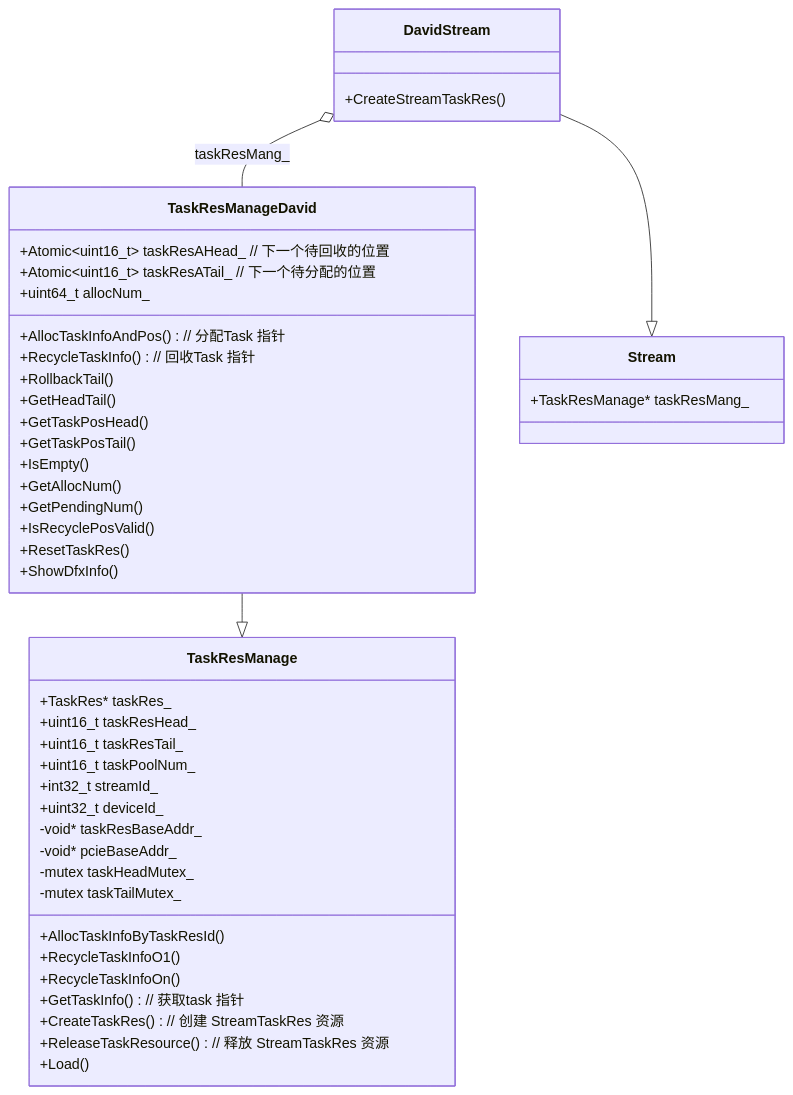
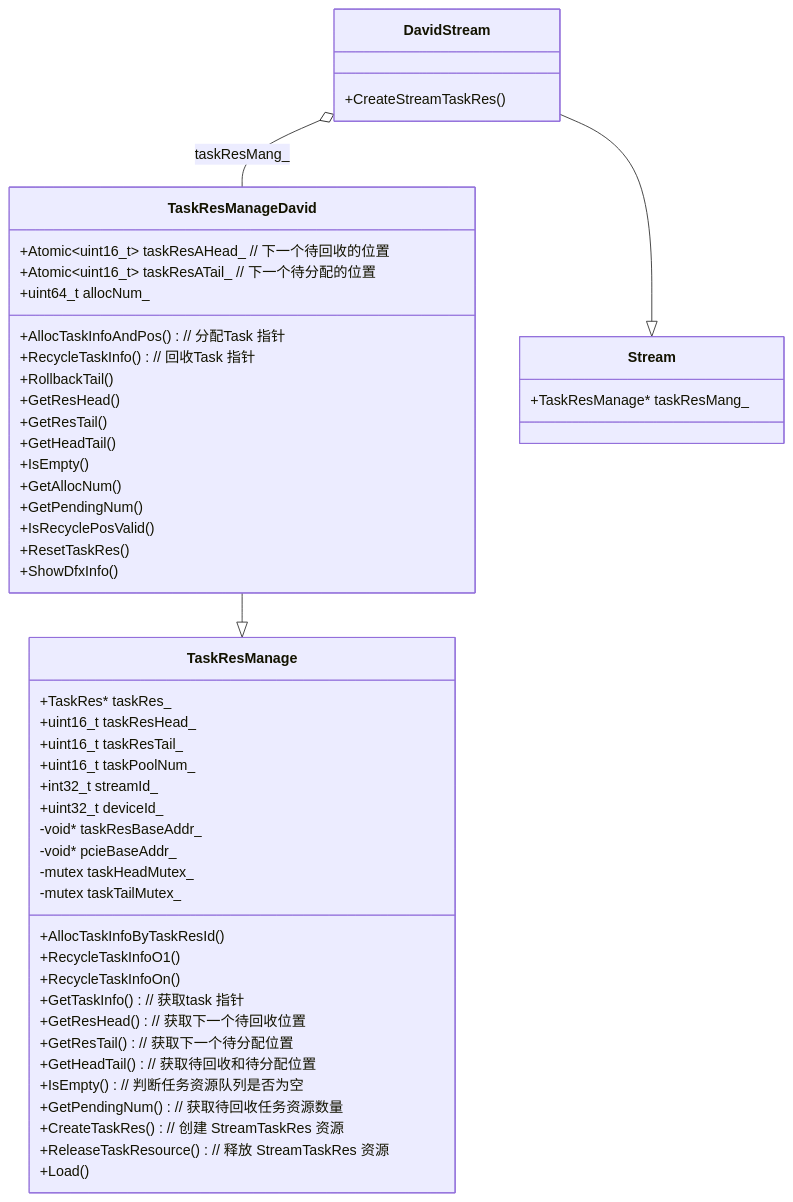
One commit to 18liumin/runtime changed the seventh of 7 diagrams in docs/zh/design/modules/task/task.md. Above: the diagram before and after it, drawn with Mermaid. The commit also changed 24 other files, not shown here.

````diff
--- a/docs/zh/design/modules/task/task.md
+++ b/docs/zh/design/modules/task/task.md
@@ -487,57 +487,62 @@
 ```mermaid
 classDiagram
     classDef baseStyle fill:#E3F2FD,stroke:#1565C0,stroke-width:2px,color:#0D47A1
     classDef davidStyle fill:#E8F5E9,stroke:#2E7D32,stroke-width:2px,color:#1B5E20
     classDef streamStyle fill:#FFF3E0,stroke:#FF9800,stroke-width:2px,color:#E65100
 
     class TaskResManage:::baseStyle {
         +TaskRes* taskRes_
         +uint16_t taskResHead_
         +uint16_t taskResTail_
         +uint16_t taskPoolNum_
         +int32_t streamId_
         +uint32_t deviceId_
         -void* taskResBaseAddr_
         -void* pcieBaseAddr_
         -mutex taskHeadMutex_
         -mutex taskTailMutex_
         +AllocTaskInfoByTaskResId()
         +RecycleTaskInfoO1()
         +RecycleTaskInfoOn()
         +GetTaskInfo()  // 获取task 指针
+        +GetResHead()  // 获取下一个待回收位置
+        +GetResTail()  // 获取下一个待分配位置
+        +GetHeadTail()  // 获取待回收和待分配位置
+        +IsEmpty()  // 判断任务资源队列是否为空
+        +GetPendingNum()  // 获取待回收任务资源数量
         +CreateTaskRes()  // 创建 StreamTaskRes 资源
         +ReleaseTaskResource()  // 释放 StreamTaskRes 资源
         +Load()
     }
 
     class TaskResManageDavid:::davidStyle {
         +Atomic~uint16_t~ taskResAHead_  // 下一个待回收的位置
         +Atomic~uint16_t~ taskResATail_  // 下一个待分配的位置
         +uint64_t allocNum_
         +AllocTaskInfoAndPos()  // 分配Task 指针
         +RecycleTaskInfo()  // 回收Task 指针
         +RollbackTail()
-        +GetHeadTail()   
-        +GetTaskPosHead()
-        +GetTaskPosTail()
+        +GetResHead()
+        +GetResTail()
+        +GetHeadTail()
         +IsEmpty()
         +GetAllocNum()
         +GetPendingNum()
         +IsRecyclePosValid()
         +ResetTaskRes()
         +ShowDfxInfo()
     }
 
     class Stream:::streamStyle {
         +TaskResManage* taskResMang_
     }
 
     class DavidStream:::streamStyle {
         +CreateStreamTaskRes()
     }
 
     DavidStream --|> Stream
     TaskResManageDavid --|> TaskResManage
     DavidStream o-- TaskResManageDavid : taskResMang_
 
 ```
````
